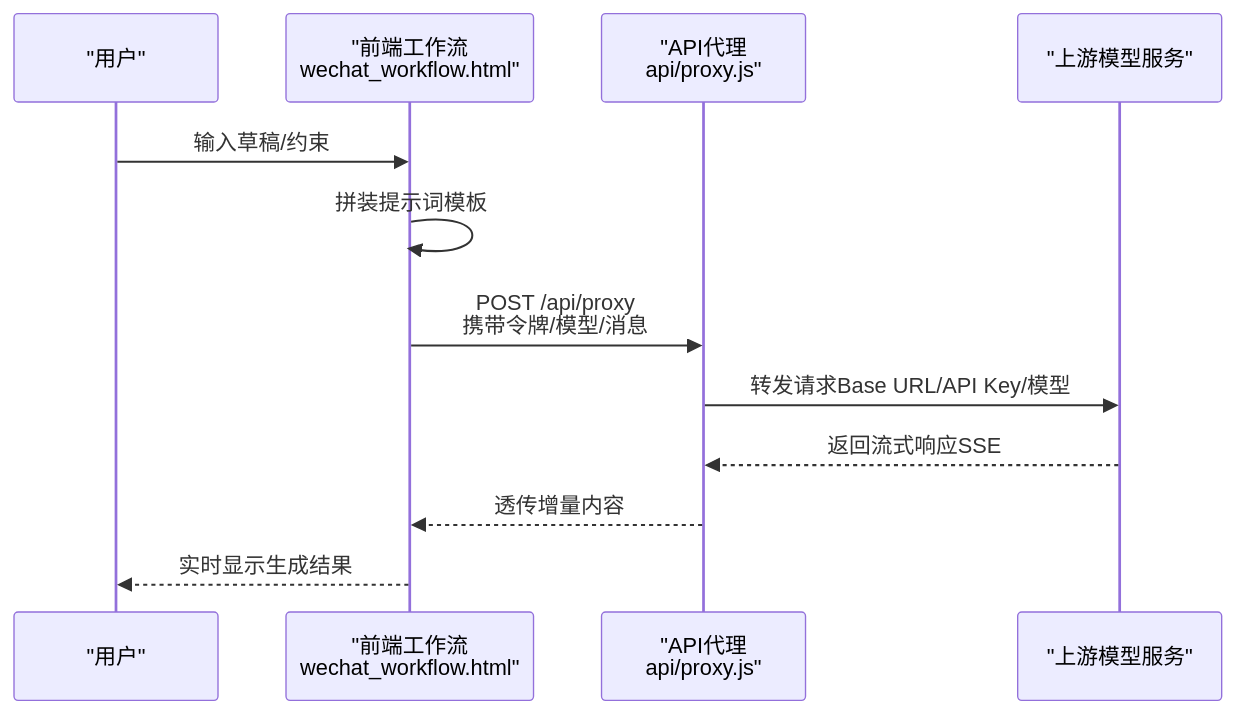
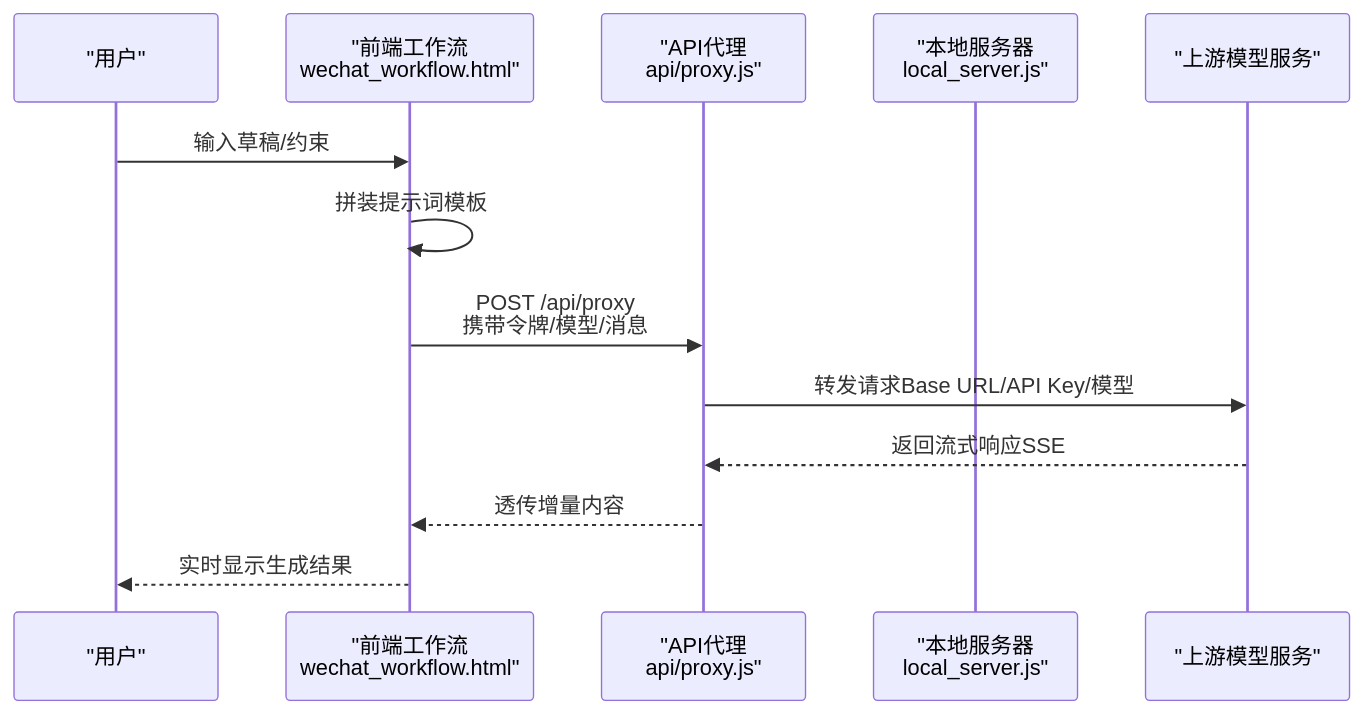
Before and after one commit to catcherxiao/wechat_article: the second of 7 diagrams in .qoder/repowiki/zh/content/核心功能/核心功能.md, drawn with Mermaid. The commit also changed other lines of this file and 27 other files, not shown here.

````diff
--- a/.qoder/repowiki/zh/content/核心功能/核心功能.md
+++ b/.qoder/repowiki/zh/content/核心功能/核心功能.md
@@ -116,14 +133,15 @@
 ```mermaid
 sequenceDiagram
 participant U as "用户"
 participant FE as "前端工作流<br/>wechat_workflow.html"
 participant PR as "API代理<br/>api/proxy.js"
+participant LS as "本地服务器<br/>local_server.js"
 participant UP as "上游模型服务"
 U->>FE : 输入草稿/约束
 FE->>FE : 拼装提示词模板
 FE->>PR : POST /api/proxy<br/>携带令牌/模型/消息
 PR->>UP : 转发请求Base URL/API Key/模型
 UP-->>PR : 返回流式响应SSE
 PR-->>FE : 透传增量内容
 FE-->>U : 实时显示生成结果
 ```
````
